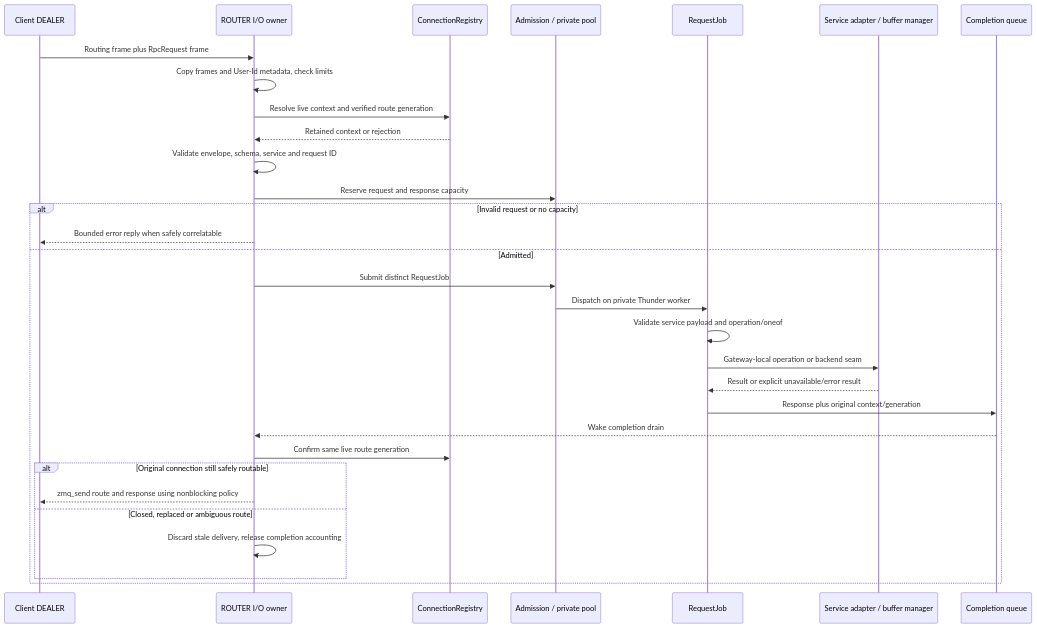
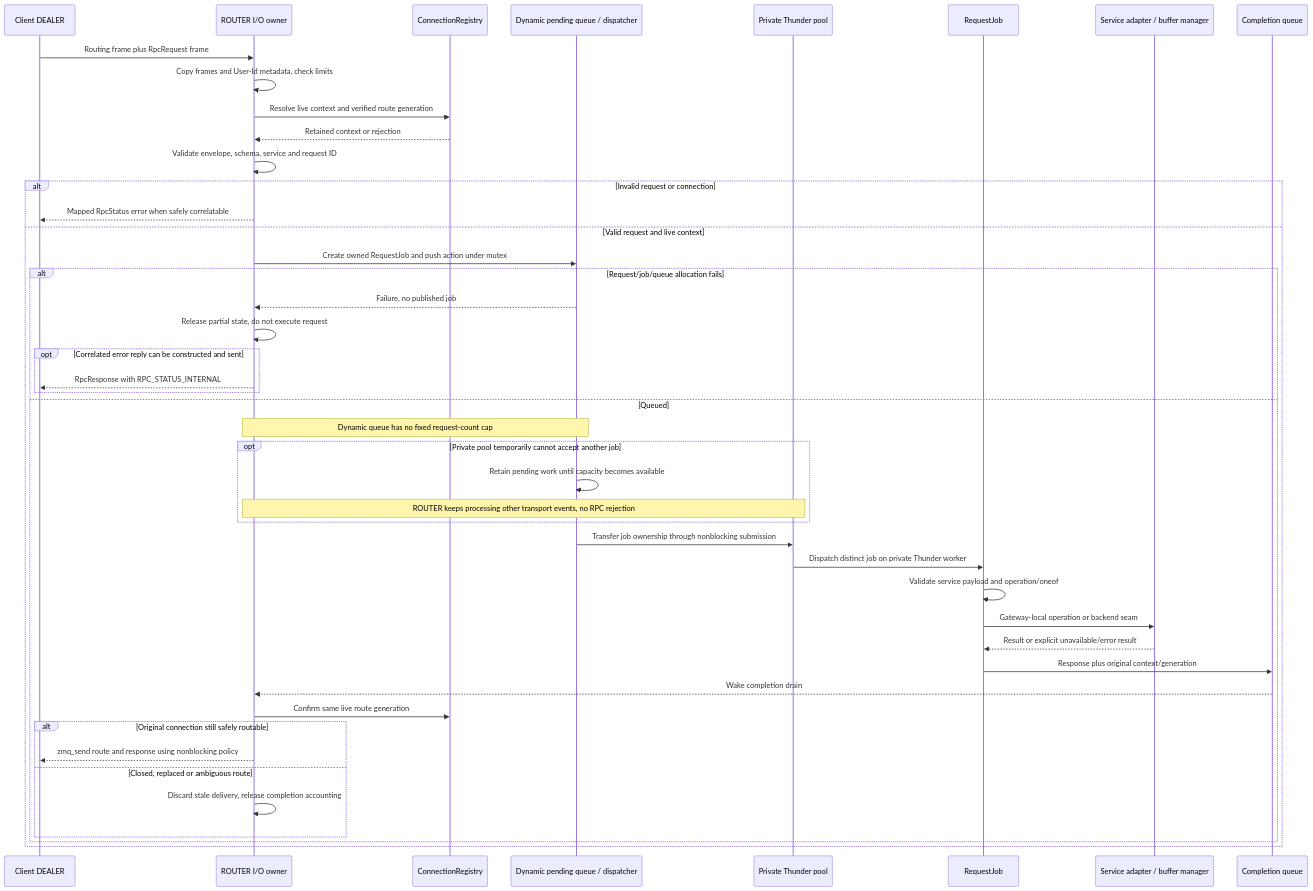
Before and after one commit to rdkcentral/eyil-secure-gateway: diagram 18 of 30 in doc/EyilSecureGateway.md, drawn with Mermaid. The commit also changed other lines of this file and 1 other file, not shown here.

Commit message:
RDKEMW-27976: Remove QEUE_FULL erro as not needed

````diff
--- a/doc/EyilSecureGateway.md
+++ b/doc/EyilSecureGateway.md
@@ -2057,33 +2335,47 @@
 ```mermaid
 sequenceDiagram
     participant C as Client DEALER
     participant R as ROUTER I/O owner
     participant REG as ConnectionRegistry
-    participant Q as Admission / private pool
+    participant Q as Dynamic pending queue / dispatcher
+    participant P as Private Thunder pool
     participant J as RequestJob
     participant S as Service adapter / buffer manager
     participant OUT as Completion queue
     C->>R: Routing frame plus RpcRequest frame
     R->>R: Copy frames and User-Id metadata, check limits
     R->>REG: Resolve live context and verified route generation
     REG-->>R: Retained context or rejection
     R->>R: Validate envelope, schema, service and request ID
-    R->>Q: Reserve request and response capacity
-    alt Invalid request or no capacity
-        R-->>C: Bounded error reply when safely correlatable
-    else Admitted
-        R->>Q: Submit distinct RequestJob
-        Q->>J: Dispatch on private Thunder worker
-        J->>J: Validate service payload and operation/oneof
-        J->>S: Gateway-local operation or backend seam
-        S-->>J: Result or explicit unavailable/error result
-        J->>OUT: Response plus original context/generation
-        OUT-->>R: Wake completion drain
-        R->>REG: Confirm same live route generation
-        alt Original connection still safely routable
-            R-->>C: zmq_send route and response using nonblocking policy
-        else Closed, replaced or ambiguous route
-            R->>R: Discard stale delivery, release completion accounting
+    alt Invalid request or connection
+        R-->>C: Mapped RpcStatus error when safely correlatable
+    else Valid request and live context
+        R->>Q: Create owned RequestJob and push action under mutex
+        alt Request/job/queue allocation fails
+            Q-->>R: Failure, no published job
+            R->>R: Release partial state, do not execute request
+            opt Correlated error reply can be constructed and sent
+                R-->>C: RpcResponse with RPC_STATUS_INTERNAL
+            end
+        else Queued
+            Note over R,Q: Dynamic queue has no fixed request-count cap
+            opt Private pool temporarily cannot accept another job
+                Q->>Q: Retain pending work until capacity becomes available
+                Note over R,P: ROUTER keeps processing other transport events, no RPC rejection
+            end
+            Q->>P: Transfer job ownership through nonblocking submission
+            P->>J: Dispatch distinct job on private Thunder worker
+            J->>J: Validate service payload and operation/oneof
+            J->>S: Gateway-local operation or backend seam
+            S-->>J: Result or explicit unavailable/error result
+            J->>OUT: Response plus original context/generation
+            OUT-->>R: Wake completion drain
+            R->>REG: Confirm same live route generation
+            alt Original connection still safely routable
+                R-->>C: zmq_send route and response using nonblocking policy
+            else Closed, replaced or ambiguous route
+                R->>R: Discard stale delivery, release completion accounting
+            end
         end
     end
 ```
````
